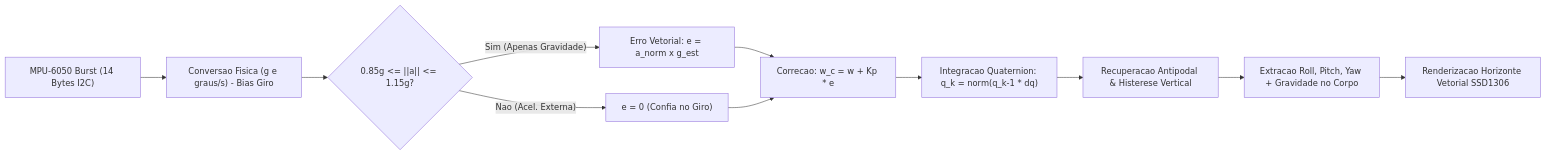
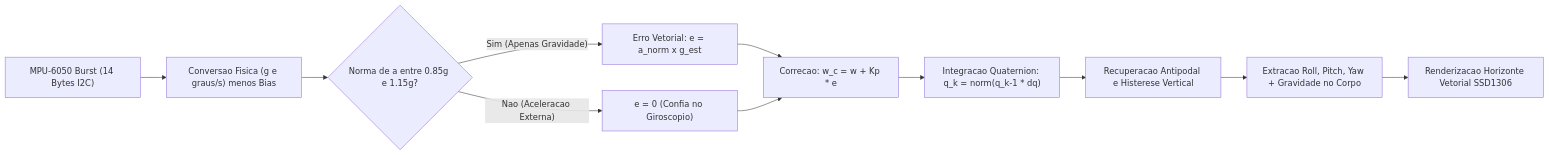
Before and after one commit to Rodriguesmath/lab3-i2c-imu-oled: the second of 3 diagrams in README.md, drawn with Mermaid. The commit also changed other lines of this file, not shown here.

Commit message:
fix(readme): corrige sintaxe Mermaid, blocos LaTeX MathJax e ancoras GFM para renderizacao no GitHub

````diff
--- a/README.md
+++ b/README.md
@@ -109,13 +109,13 @@
 ```mermaid
 flowchart LR
-    RAW["MPU-6050 Burst (14 Bytes I2C)"] --> SCALE["Conversao Fisica (g e graus/s) - Bias Giro"]
-    SCALE --> GATE{"0.85g <= ||a|| <= 1.15g?"}
+    RAW["MPU-6050 Burst (14 Bytes I2C)"] --> SCALE["Conversao Fisica (g e graus/s) menos Bias"]
+    SCALE --> GATE{"Norma de a entre 0.85g e 1.15g?"}
     GATE -- "Sim (Apenas Gravidade)" --> ERR["Erro Vetorial: e = a_norm x g_est"]
-    GATE -- "Nao (Acel. Externa)" --> ZERO["e = 0 (Confia no Giro)"]
+    GATE -- "Nao (Aceleracao Externa)" --> ZERO["e = 0 (Confia no Giroscopio)"]
     ERR --> CORR["Correcao: w_c = w + Kp * e"]
     ZERO --> CORR
     CORR --> QUAT["Integracao Quaternion: q_k = norm(q_k-1 * dq)"]
-    QUAT --> ANTI["Recuperacao Antipodal & Histerese Vertical"]
+    QUAT --> ANTI["Recuperacao Antipodal e Histerese Vertical"]
     ANTI --> EULER["Extracao Roll, Pitch, Yaw + Gravidade no Corpo"]
     EULER --> HUD["Renderizacao Horizonte Vetorial SSD1306"]
 ```
````
